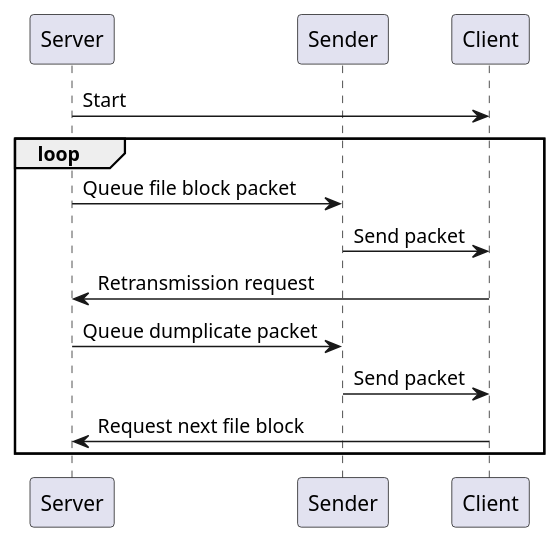
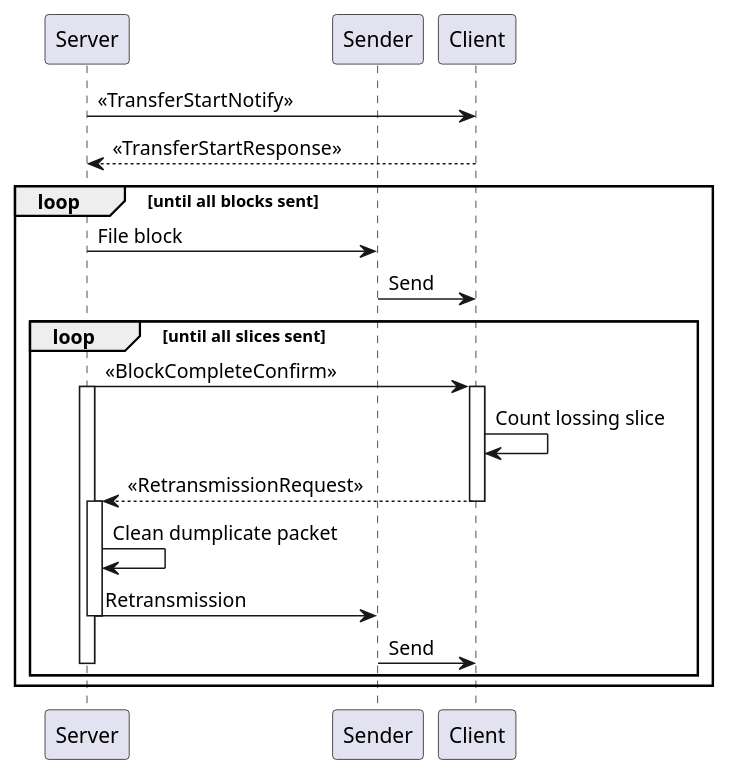
Before and after one commit to shmilycode/mfiletransfer: the diagram in README.md, drawn with PlantUML. The commit also changed other lines of this file, not shown here.

```diff
--- a/README.md
+++ b/README.md
@@ -3,14 +17,26 @@
 @startuml
 participant Server
 participant Sender 
 participant Client
-Server -> Client: Start
-loop
-  Server -> Sender: Queue file block packet 
-  Sender -> Client: Send packet
-  Client -> Server: Retransmission request
-  Server -> Sender: Queue dumplicate packet
-  Sender -> Client: Send packet
-  Client -> Server: Request next file block
+Server -> Client: <<TransferStartNotify>>
+Client --> Server: <<TransferStartResponse>>
+loop until all blocks sent
+  Server -> Sender: File block
+  Sender -> Client: Send
+  loop until all slices sent
+    Server -> Client: <<BlockCompleteConfirm>>
+    activate Server
+      activate Client
+          Client -> Client: Count lossing slice
+          Client --> Server: <<RetransmissionRequest>>
+      deactivate Client
+      activate Server
+        Server -> Server: Clean dumplicate packet
+        Server -> Sender: Retransmission
+      deactivate Server
+      Sender -> Client: Send
+    deactivate Server
+  end
 end
+
 @enduml
```
